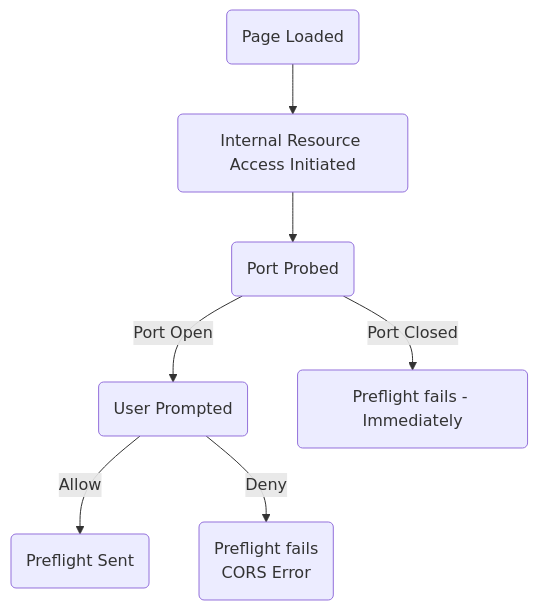
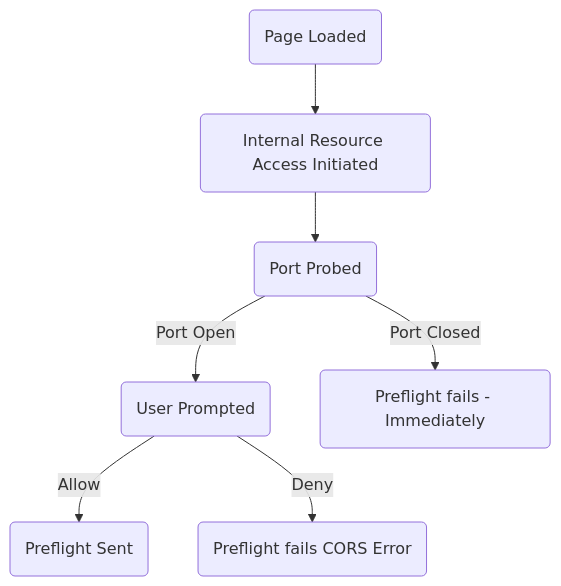
One commit to notnotnotveg/notnotnotveg.github.io changed the diagram in _posts/2010-02-15-placeholder.md. Above: the diagram before and after it, drawn with Mermaid.

````diff
--- a/_posts/2010-02-15-placeholder.md
+++ b/_posts/2010-02-15-placeholder.md
@@ -520,17 +523,9 @@
-```mermaid
-
+<div class="mermaid">
 graph TD;
-
-    id(Page Loaded) -->id1(Internal Resource Access)
-
-    id1(Internal Resource Access Initiated) --> id2(Port Probed)
-
-    id2(Port Probed) -->|Port Open| id3(User Prompted)
-
-    id2(Port Probed)-->|Port Closed| id4(Preflight fails - Immediately)
-
-    id3(User Prompted)-->|Allow| id5(Preflight Sent)
-
-    id3(User Prompted)-->|Deny|id6(Preflight fails<br>CORS Error)
-
-```
+    id(Page Loaded) --> id1(Internal Resource Access Initiated)
+    id1 --> id2(Port Probed)
+    id2 -->|Port Open| id3(User Prompted)
+    id2 -->|Port Closed| id4(Preflight fails - Immediately)
+    id3 -->|Allow| id5(Preflight Sent)
+    id3 -->|Deny| id6(Preflight fails CORS Error)
+</div>
````
